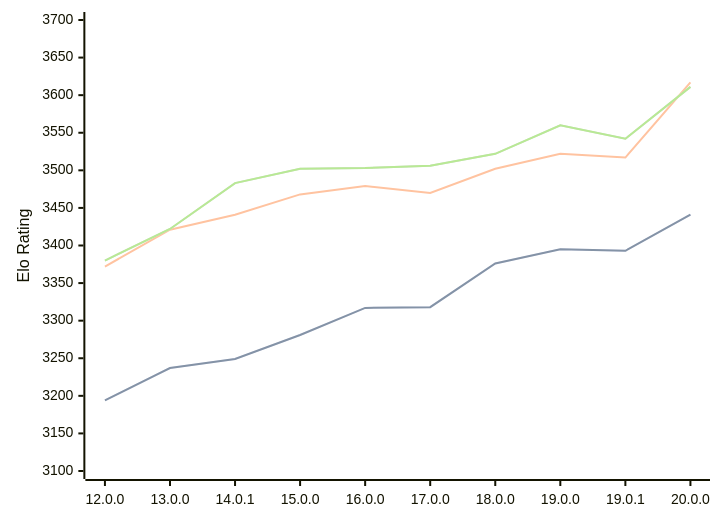
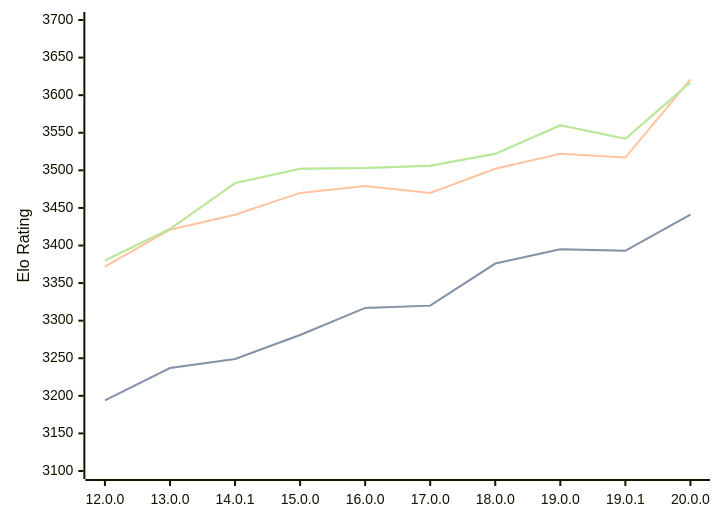
One commit to computer-chess-index/cci changed the first of 3 diagrams in engines/Viridithas.md. Above: the diagram before and after it, drawn with Mermaid. The commit also changed other lines of this file, not shown here.

Commit message:
Update CCI Ratings (ELO VLTC) - 2026-07-04

````diff
--- a/engines/Viridithas.md
+++ b/engines/Viridithas.md
@@ -64,11 +64,11 @@
 ```mermaid
 %%{init: {"theme":"base","themeVariables":{"seriesColors:['#a3a3a3','#222221','#faa371']}}}%%
 xychart-beta
   x-axis ["12.0.0", "13.0.0", "14.0.1", "15.0.0", "16.0.0", "17.0.0", "18.0.0", "19.0.0", "19.0.1", "20.0.0"]
   y-axis "Elo Rating" 3100 --> 3700
-  line "STC (8.0+0.08s)" [3194, 3237, 3249, 3281, 3317, 3318, 3376, 3395, 3393, 3441]
-  line "STC (8.0+0.08s)" [3194, 3237, 3249, 3281, 3317, 3318, 3376, 3395, 3393, 3441]
-  line "LTC (60.0+0.60s)" [3372, 3421, 3441, 3468, 3479, 3470, 3502, 3522, 3517, 3617]
-  line "VLTC (2m24s+1.12s)" [3380, 3422, 3483, 3502, 3503, 3506, 3522, 3560, 3542, 3611]
-  line "VLTC (2m24s+1.12s)" [3380, 3422, 3483, 3502, 3503, 3506, 3522, 3560, 3542, 3611]
+  line "STC (8.0+0.08s)" [3194, 3237, 3249, 3281, 3317, 3320, 3376, 3395, 3393, 3441]
+  line "STC (8.0+0.08s)" [3194, 3237, 3249, 3281, 3317, 3320, 3376, 3395, 3393, 3441]
+  line "LTC (60.0+0.60s)" [3372, 3421, 3441, 3470, 3479, 3470, 3502, 3522, 3517, 3621]
+  line "VLTC (2m24s+1.12s)" [3380, 3422, 3483, 3502, 3503, 3506, 3522, 3560, 3542, 3617]
+  line "VLTC (2m24s+1.12s)" [3380, 3422, 3483, 3502, 3503, 3506, 3522, 3560, 3542, 3617]
 ```
````
